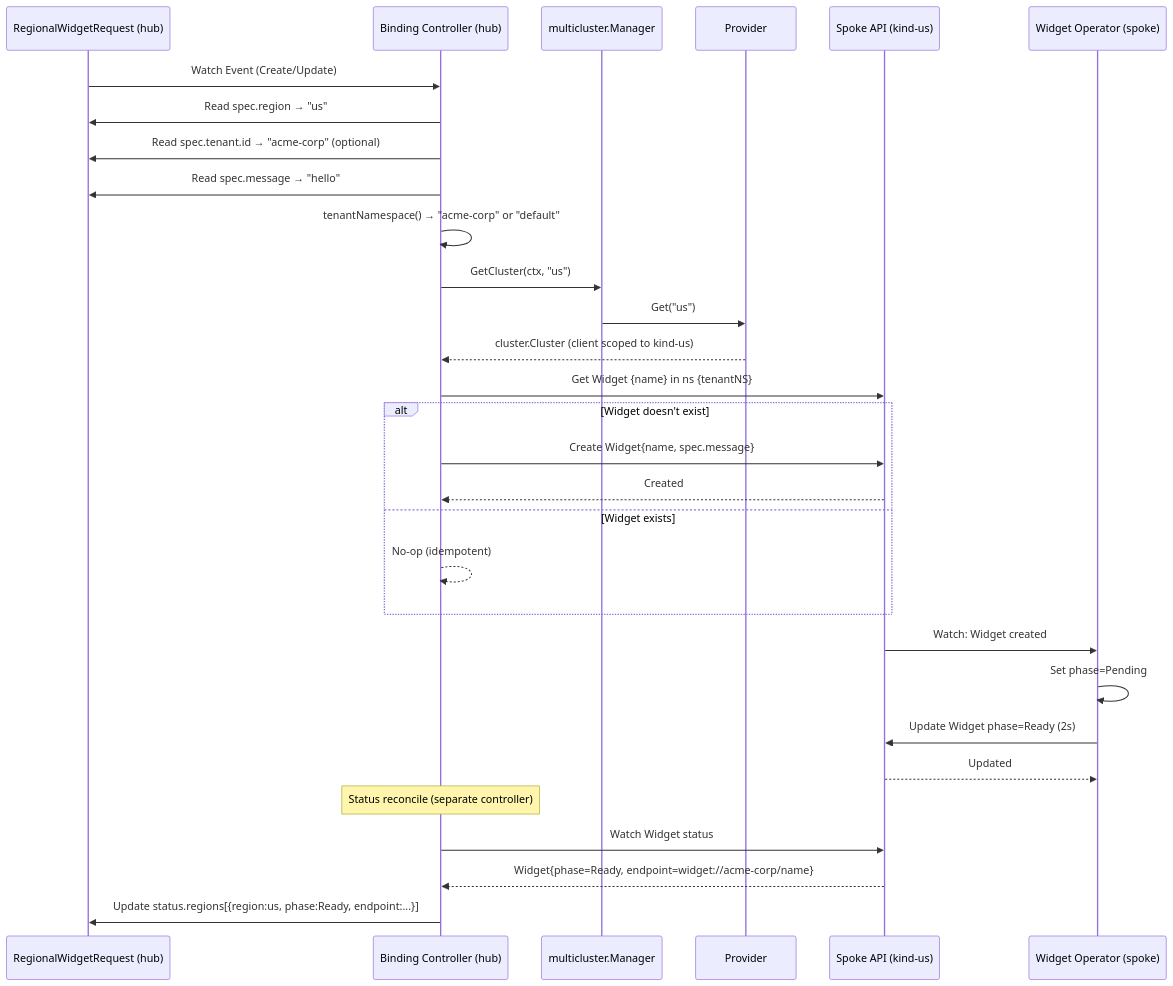
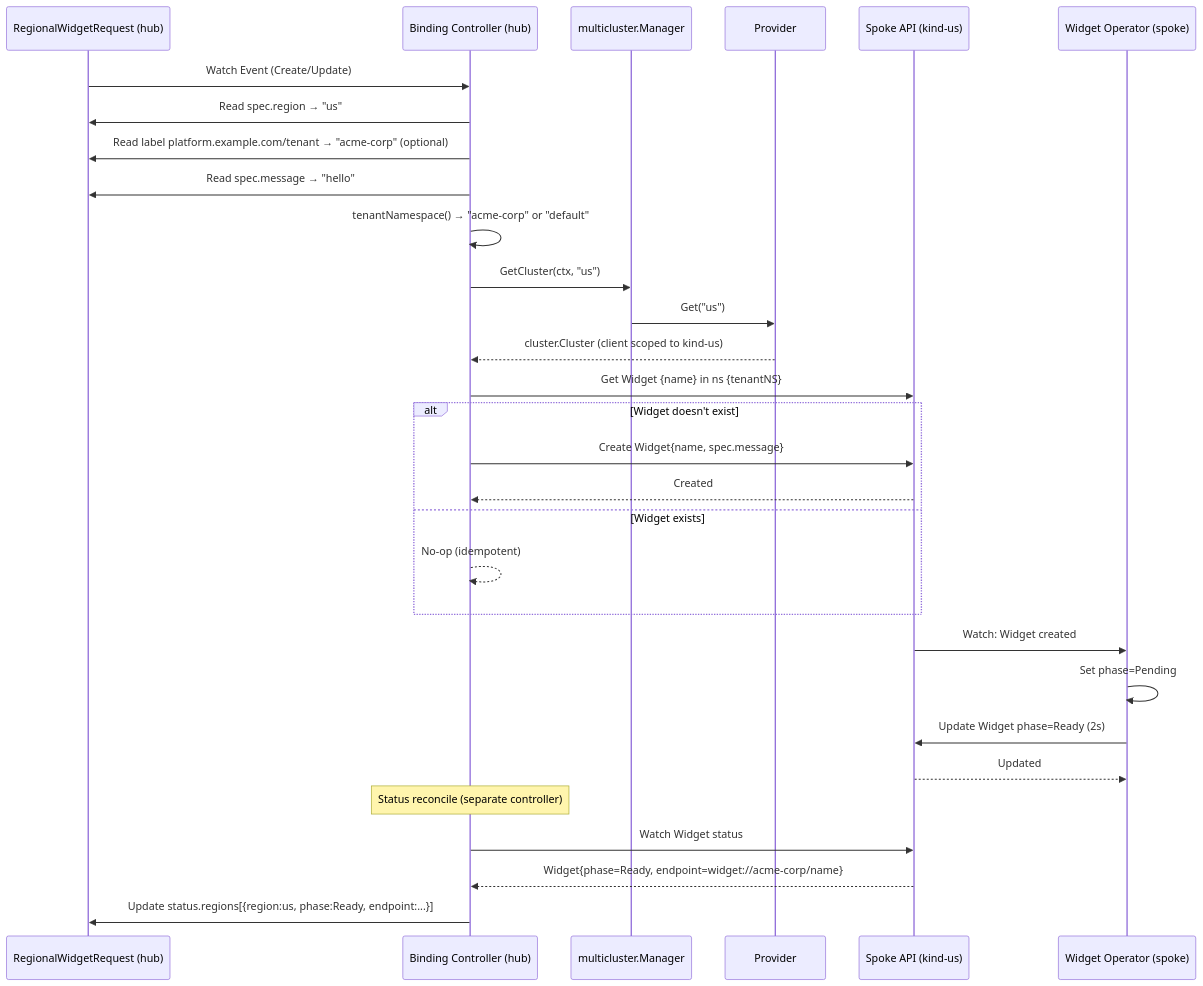
Before and after one commit to sojoner/kro-lab: the diagram in docs/platform-mvp/05-binding-controller.md, drawn with Mermaid. The commit also changed other lines of this file and 126 other files, not shown here.

````diff
--- a/docs/platform-mvp/05-binding-controller.md
+++ b/docs/platform-mvp/05-binding-controller.md
@@ -9,38 +9,38 @@
 ```mermaid
 sequenceDiagram
     participant RWR as RegionalWidgetRequest (hub)
     participant BC as Binding Controller (hub)
     participant MGR as multicluster.Manager
     participant P as Provider
     participant Spoke as Spoke API (kind-us)
     participant WO as Widget Operator (spoke)
 
     RWR->>BC: Watch Event (Create/Update)
 
     BC->>RWR: Read spec.region → "us"
-    BC->>RWR: Read spec.tenant.id → "acme-corp" (optional)
+    BC->>RWR: Read label platform.example.com/tenant → "acme-corp" (optional)
     BC->>RWR: Read spec.message → "hello"
 
     BC->>BC: tenantNamespace() → "acme-corp" or "default"
     BC->>MGR: GetCluster(ctx, "us")
     MGR->>P: Get("us")
     P-->>BC: cluster.Cluster (client scoped to kind-us)
 
     BC->>Spoke: Get Widget {name} in ns {tenantNS}
     alt Widget doesn't exist
         BC->>Spoke: Create Widget{name, spec.message}
         Spoke-->>BC: Created
     else Widget exists
         BC-->>BC: No-op (idempotent)
     end
 
     Spoke->>WO: Watch: Widget created
     WO->>WO: Set phase=Pending
     WO->>Spoke: Update Widget phase=Ready (2s)
     Spoke-->>WO: Updated
 
     Note over BC: Status reconcile (separate controller)
     BC->>Spoke: Watch Widget status
     Spoke-->>BC: Widget{phase=Ready, endpoint=widget://acme-corp/name}
     BC->>RWR: Update status.regions[{region:us, phase:Ready, endpoint:...}]
 ```
````
